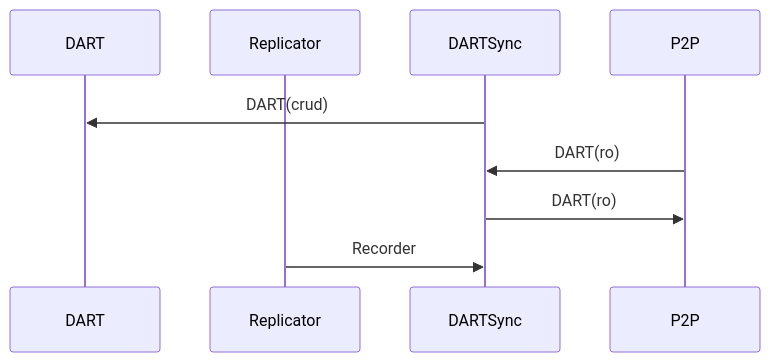
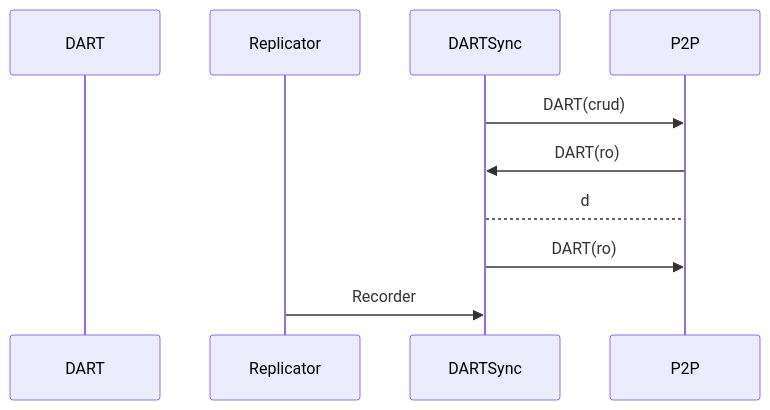
Before and after one commit to tagion/tagion: the diagram in documents/architecture/DARTSync.md, drawn with Mermaid. The commit also changed other lines of this file and 5 other files, not shown here.

````diff
--- a/documents/architecture/DARTSync.md
+++ b/documents/architecture/DARTSync.md
@@ -17,12 +24,13 @@
 ```mermaid
 sequenceDiagram
     participant DART 
     participant Replicator 
     participant DARTSync
     participant P2P 
-    DARTSync ->> DART: DART(crud)
+    DARTSync ->> P2P: DART(crud)
     P2P ->> DARTSync: DART(ro)
+	DARTSync --> P2P: d
     DARTSync ->> P2P: DART(ro)
     Replicator ->> DARTSync: Recorder
 
 ```
````
